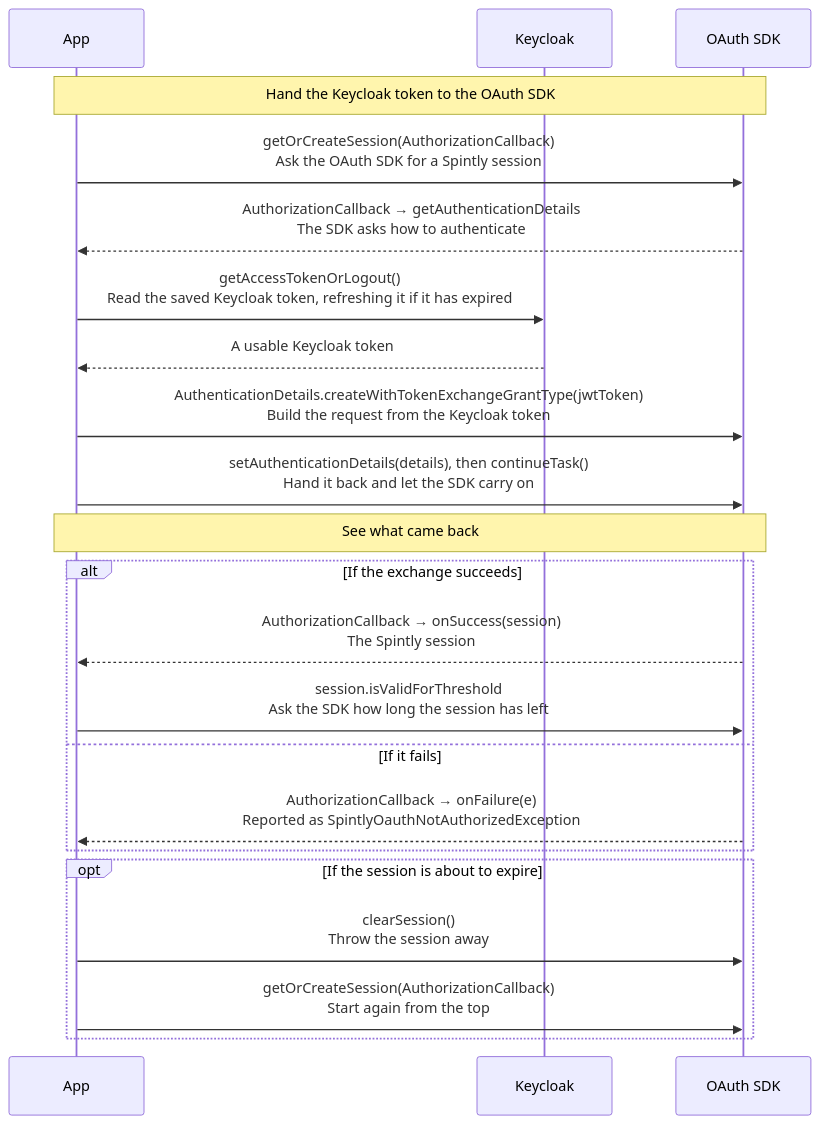
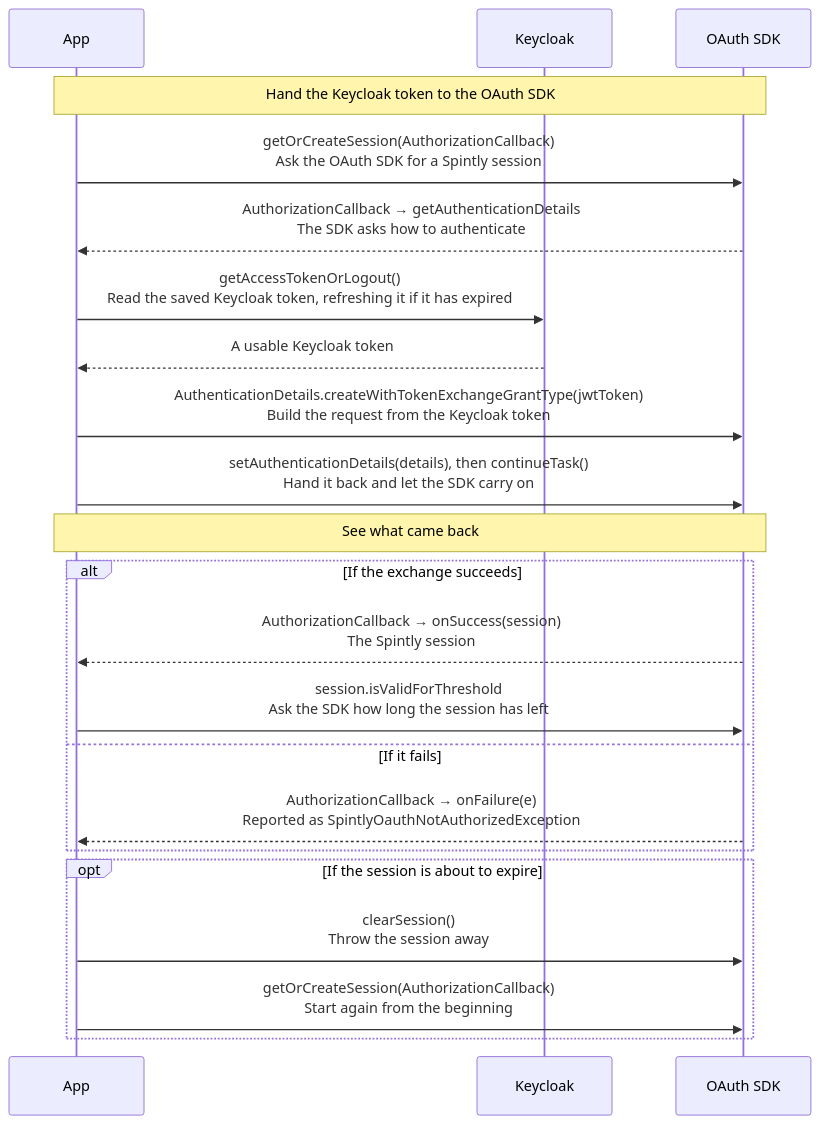
Before and after one commit to Yash-Wadatkar-Binaryveda/sdk-docs-site: the ninth of 15 diagrams in docs/iot9/user-onboarding.md, drawn with Mermaid. The commit also changed other lines of this file and 42 other files, not shown here.

````diff
--- a/docs/iot9/user-onboarding.md
+++ b/docs/iot9/user-onboarding.md
@@ -428,26 +428,26 @@
     ```mermaid
     sequenceDiagram
         participant A as App
         participant K as Keycloak
         participant O as OAuth SDK
 
         Note over A,O: Hand the Keycloak token to the OAuth SDK
         A->>O: getOrCreateSession(AuthorizationCallback)<br/>Ask the OAuth SDK for a Spintly session
         O-->>A: AuthorizationCallback → getAuthenticationDetails<br/>The SDK asks how to authenticate
         A->>K: getAccessTokenOrLogout()<br/>Read the saved Keycloak token, refreshing it if it has expired
         K-->>A: A usable Keycloak token
         A->>O: AuthenticationDetails.createWithTokenExchangeGrantType(jwtToken)<br/>Build the request from the Keycloak token
         A->>O: setAuthenticationDetails(details), then continueTask()<br/>Hand it back and let the SDK carry on
 
         Note over A,O: See what came back
         alt If the exchange succeeds
             O-->>A: AuthorizationCallback → onSuccess(session)<br/>The Spintly session
             A->>O: session.isValidForThreshold<br/>Ask the SDK how long the session has left
         else If it fails
             O-->>A: AuthorizationCallback → onFailure(e)<br/>Reported as SpintlyOauthNotAuthorizedException
         end
         opt If the session is about to expire
             A->>O: clearSession()<br/>Throw the session away
-            A->>O: getOrCreateSession(AuthorizationCallback)<br/>Start again from the top
+            A->>O: getOrCreateSession(AuthorizationCallback)<br/>Start again from the beginning
         end
     ```
````
